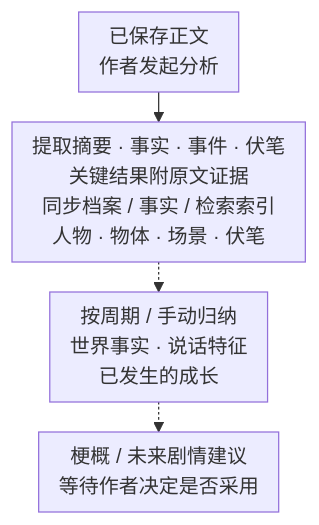
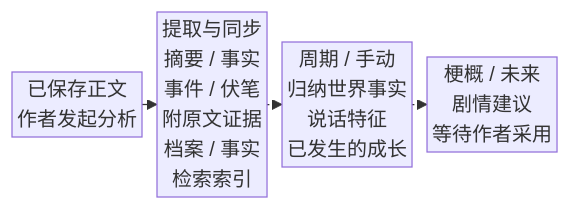
One commit to GTJasonMK/A4N changed the fourth of 18 diagrams in README.md. Above: the diagram before and after it, drawn with Mermaid. The commit also changed other lines of this file and 2 other files, not shown here.

````diff
--- a/README.md
+++ b/README.md
@@ -124,12 +124,12 @@
 ```mermaid
 ---
 config:
-  flowchart: { nodeSpacing: 20, rankSpacing: 24, padding: 8, wrappingWidth: 240 }
+  flowchart: { nodeSpacing: 16, rankSpacing: 12, padding: 2, wrappingWidth: 96 }
 ---
-flowchart TB
+flowchart LR
   accTitle: 章节分析与资料沉淀
   accDescr: 作者对已保存正文发起分析，提取结果保留原文证据，再同步档案、事实与检索索引。低频资料按周期或手动归纳，可能产生待作者采用的未来剧情建议。
-  chapter["已保存正文<br/>作者发起分析"] --> material["提取摘要 · 事实 · 事件 · 伏笔<br/>关键结果附原文证据<br/>同步档案 / 事实 / 检索索引<br/>人物 · 物体 · 场景 · 伏笔"]
-  material -.-> consolidate["按周期 / 手动归纳<br/>世界事实 · 说话特征<br/>已发生的成长"]
-  consolidate -.-> suggestions["梗概 / 未来剧情建议<br/>等待作者决定是否采用"]
+  chapter["已保存正文<br/>作者发起分析"] --> material["提取与同步<br/>摘要 / 事实<br/>事件 / 伏笔<br/>附原文证据<br/>档案 / 事实<br/>检索索引"]
+  material -.-> consolidate["周期 / 手动<br/>归纳世界事实<br/>说话特征<br/>已发生的成长"]
+  consolidate -.-> suggestions["梗概 / 未来<br/>剧情建议<br/>等待作者采用"]
 ```
````
